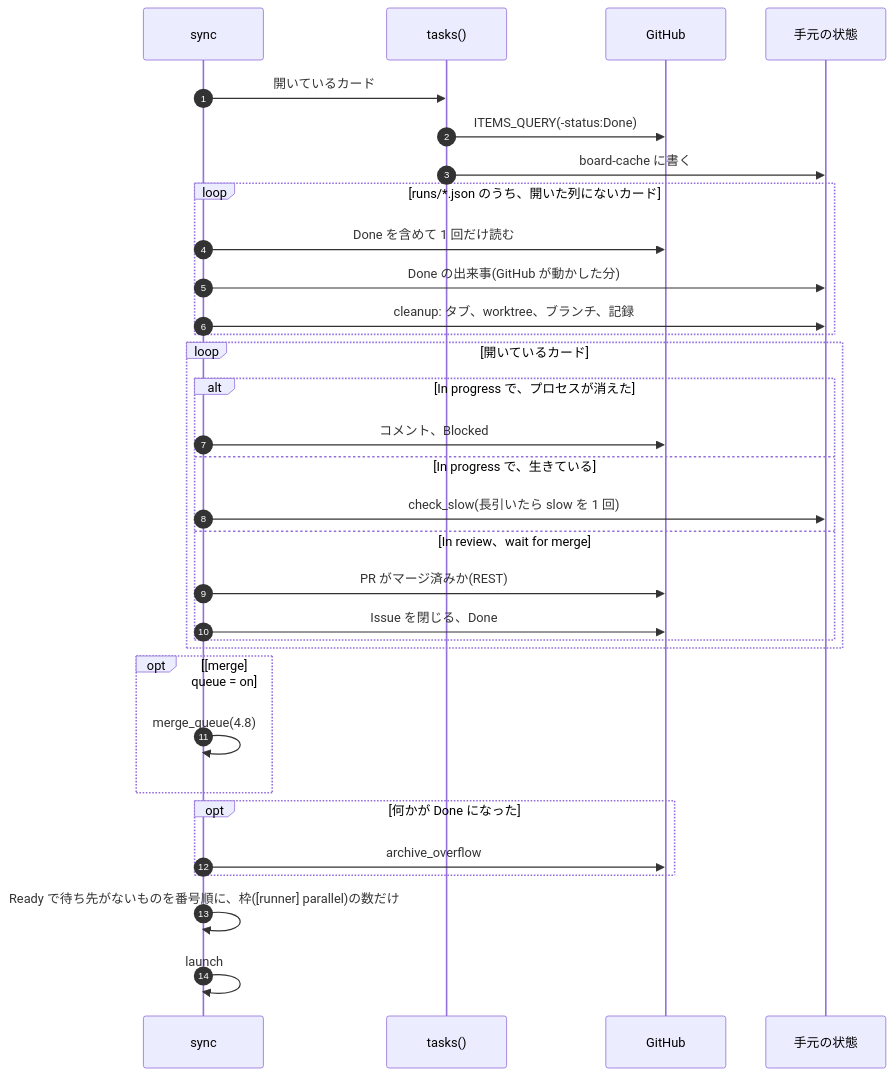
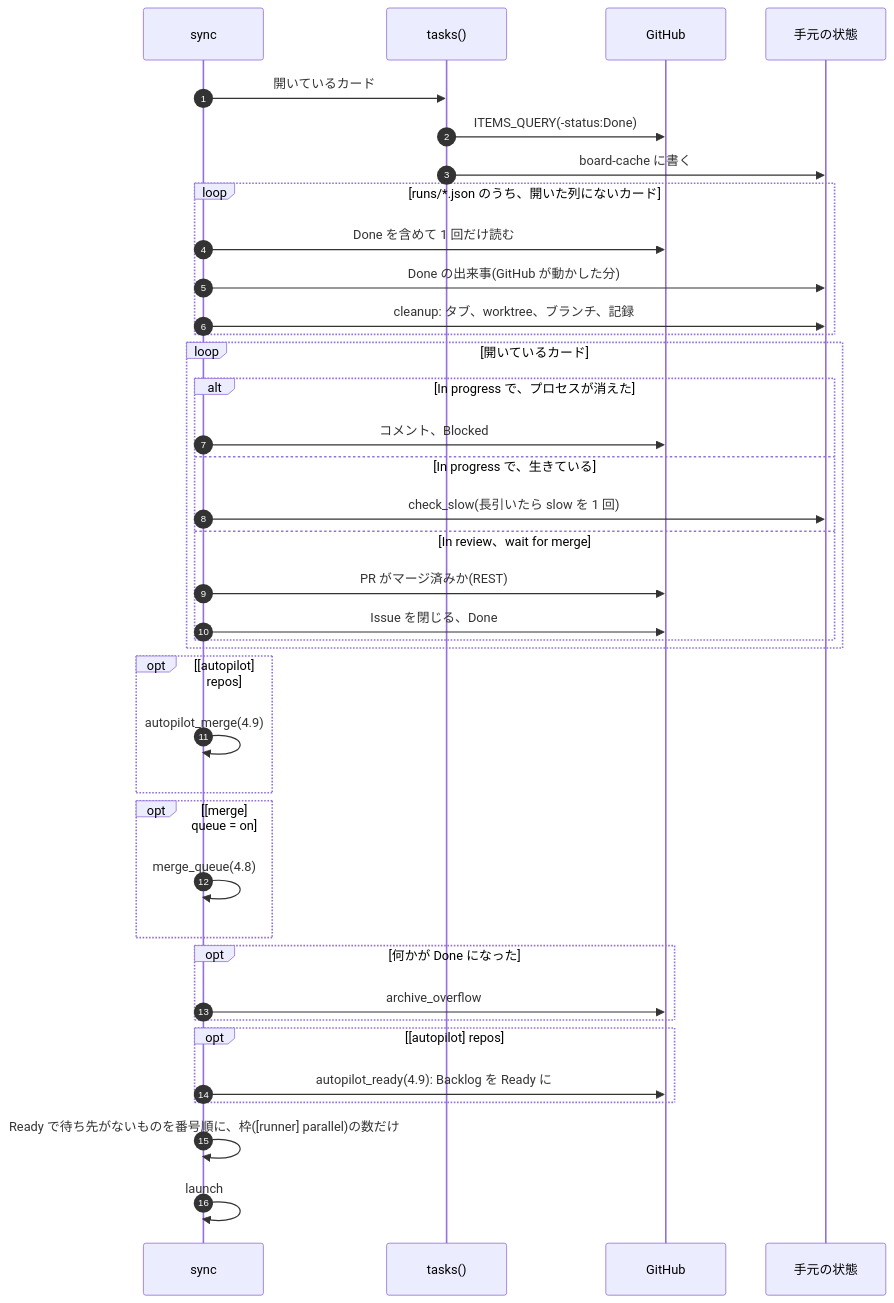
Before and after one commit to jyoka/task-hub: the fourth of 9 diagrams in docs/architecture/lld.md, drawn with Mermaid. The commit also changed other lines of this file and 13 other files, not shown here.

````diff
--- a/docs/architecture/lld.md
+++ b/docs/architecture/lld.md
@@ -171,34 +171,40 @@
 ```mermaid
 sequenceDiagram
     autonumber
     participant S as sync
     participant B as tasks()
     participant GH as GitHub
     participant L as 手元の状態
     S->>B: 開いているカード
     B->>GH: ITEMS_QUERY(-status:Done)
     B->>L: board-cache に書く
     loop runs/*.json のうち、開いた列にないカード
         S->>GH: Done を含めて 1 回だけ読む
         S->>L: Done の出来事(GitHub が動かした分)
         S->>L: cleanup: タブ、worktree、ブランチ、記録
     end
     loop 開いているカード
         alt In progress で、プロセスが消えた
             S->>GH: コメント、Blocked
         else In progress で、生きている
             S->>L: check_slow(長引いたら slow を 1 回)
         else In review、wait for merge
             S->>GH: PR がマージ済みか(REST)
             S->>GH: Issue を閉じる、Done
         end
     end
+    opt [autopilot] repos
+        S->>S: autopilot_merge(4.9)
+    end
     opt [merge] queue = on
         S->>S: merge_queue(4.8)
     end
     opt 何かが Done になった
         S->>GH: archive_overflow
     end
+    opt [autopilot] repos
+        S->>GH: autopilot_ready(4.9): Backlog を Ready に
+    end
     S->>S: Ready で待ち先がないものを番号順に、枠([runner] parallel)の数だけ
     S->>S: launch
 ```
````
